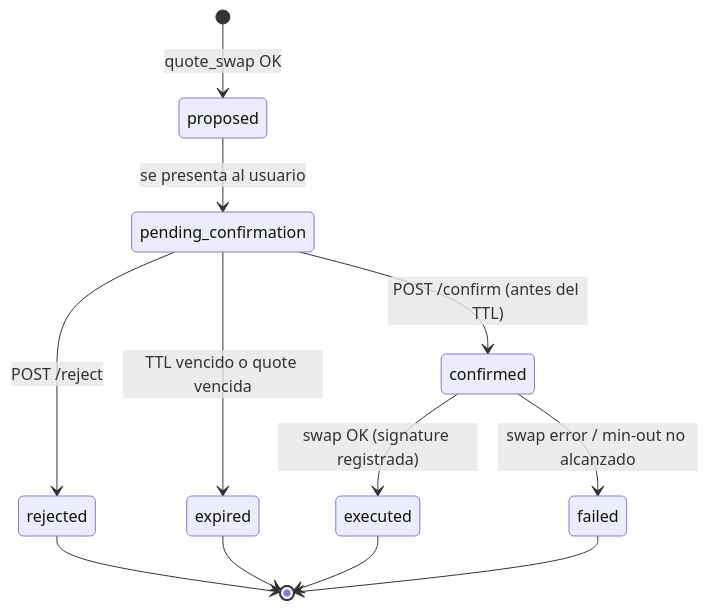
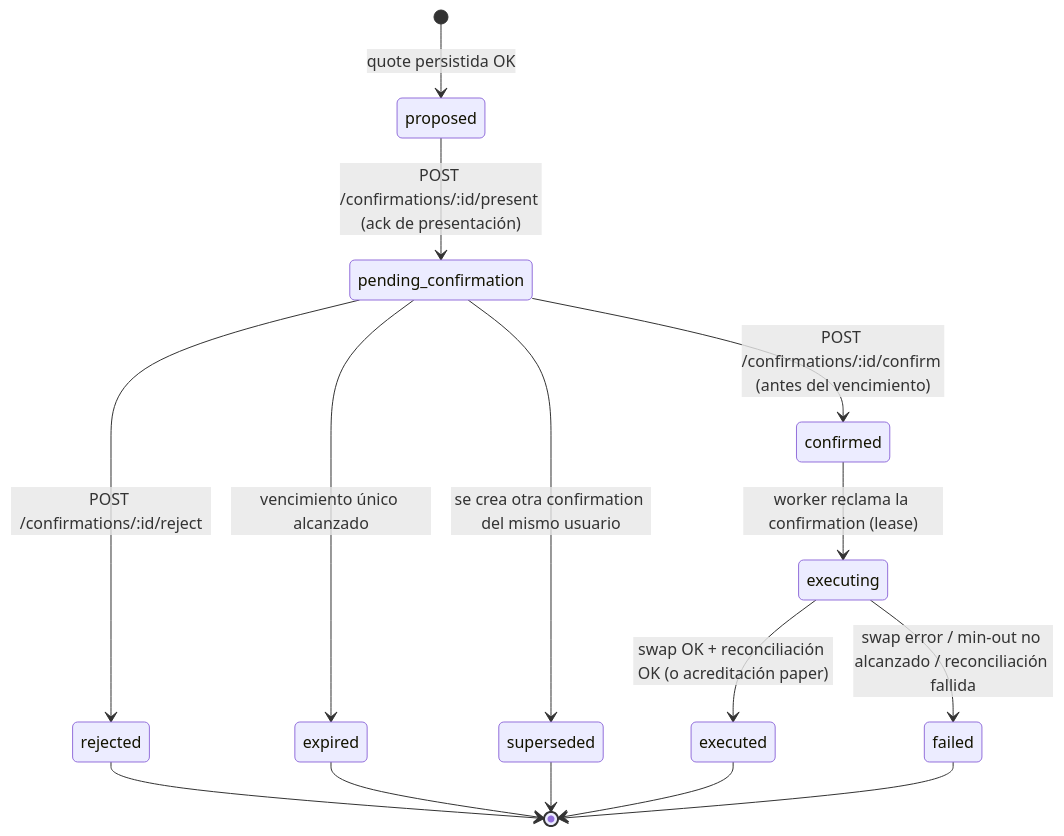
The diagram in docs/specs/04-confirmation-gate.md (meschinidino/agent-trading), drawn with Mermaid before and after one commit. The commit also changed other lines of this file and 7 other files, not shown here.

````diff
--- a/docs/specs/04-confirmation-gate.md
+++ b/docs/specs/04-confirmation-gate.md
@@ -32,14 +35,17 @@
 ```mermaid
 stateDiagram-v2
-    [*] --> proposed: quote_swap OK
-    proposed --> pending_confirmation: se presenta al usuario
-    pending_confirmation --> confirmed: POST /confirm (antes del TTL)
-    pending_confirmation --> rejected: POST /reject
-    pending_confirmation --> expired: TTL vencido o quote vencida
-    confirmed --> executed: swap OK (signature registrada)
-    confirmed --> failed: swap error / min-out no alcanzado
+    [*] --> proposed: quote persistida OK
+    proposed --> pending_confirmation: POST /confirmations/:id/present (ack de presentación)
+    pending_confirmation --> confirmed: POST /confirmations/:id/confirm (antes del vencimiento)
+    pending_confirmation --> rejected: POST /confirmations/:id/reject
+    pending_confirmation --> expired: vencimiento único alcanzado
+    pending_confirmation --> superseded: se crea otra confirmation del mismo usuario
+    confirmed --> executing: worker reclama la confirmation (lease)
+    executing --> executed: swap OK + reconciliación OK (o acreditación paper)
+    executing --> failed: swap error / min-out no alcanzado / reconciliación fallida
     rejected --> [*]
     expired --> [*]
+    superseded --> [*]
     executed --> [*]
     failed --> [*]
 ```
````
